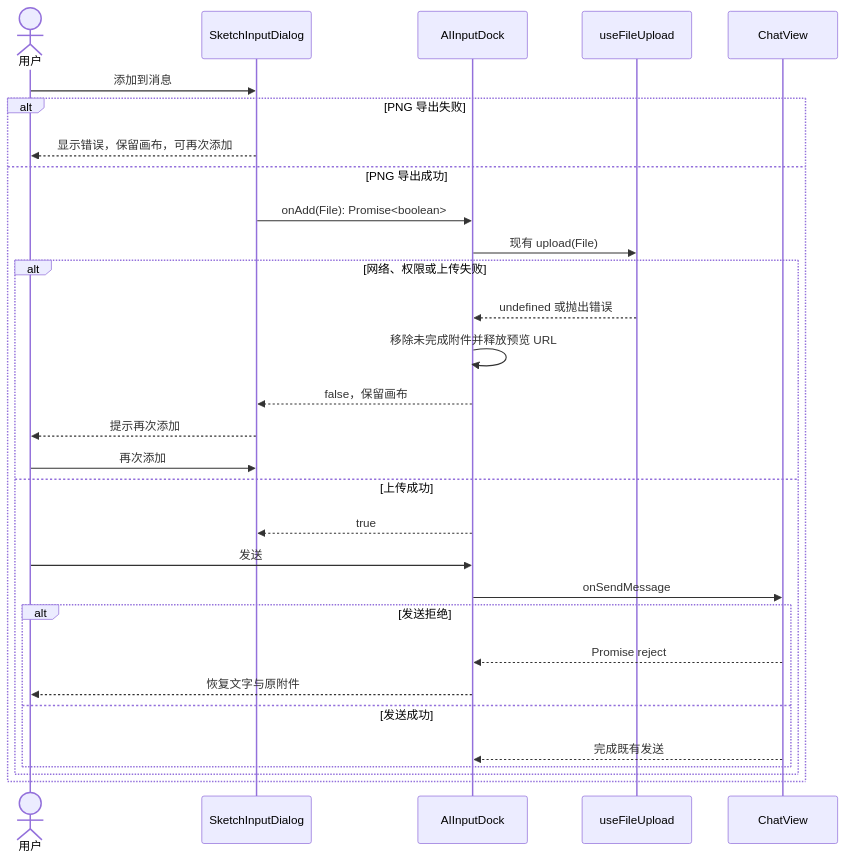
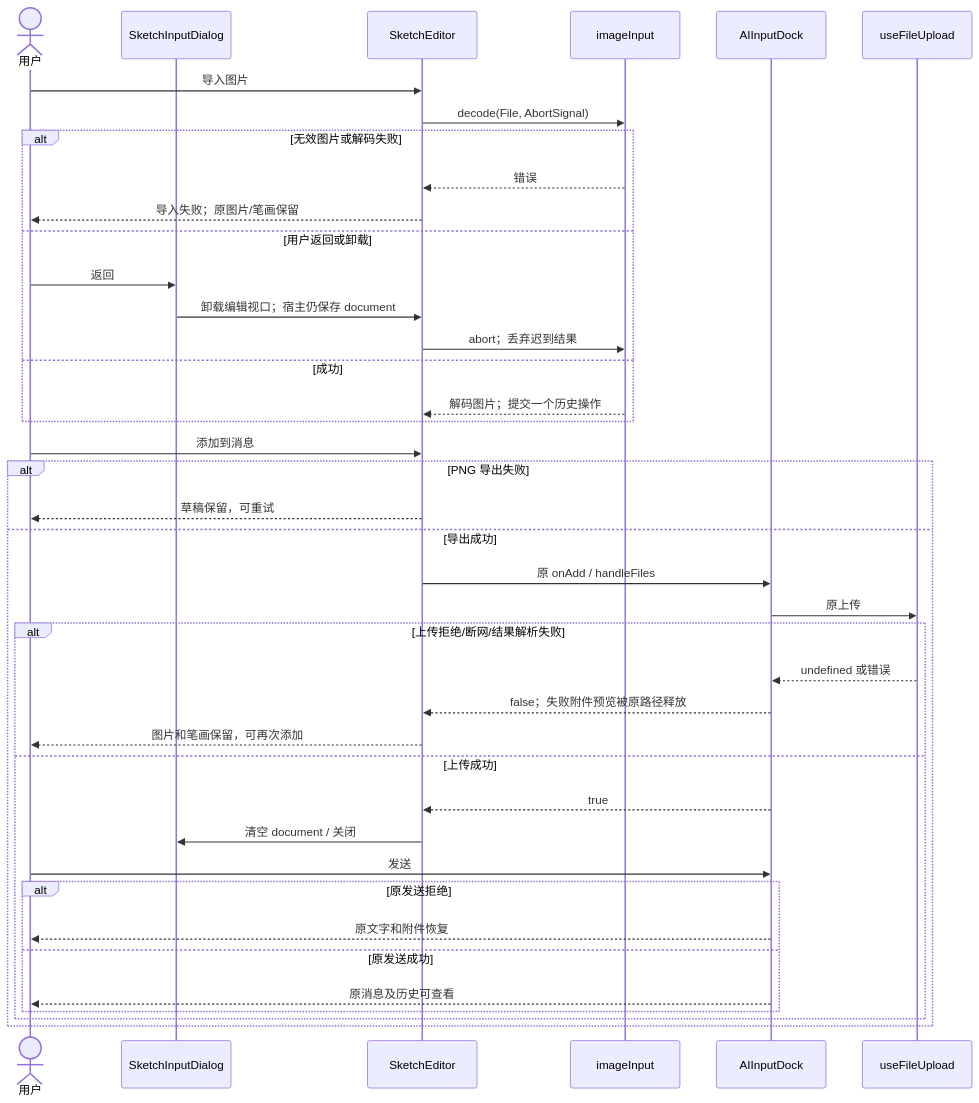
One commit to glide-the/im-dream changed the second of 3 diagrams in docs/design/claude-agent/sketch-input-interaction-design.md. Above: the diagram before and after it, drawn with Mermaid. The commit also changed other lines of this file and 39 other files, not shown here.

Commit message:
feat(chat): package charcoal image and sketch input (#90)

````diff
--- a/docs/design/claude-agent/sketch-input-interaction-design.md
+++ b/docs/design/claude-agent/sketch-input-interaction-design.md
@@ -108,32 +77,42 @@
 ```mermaid
 sequenceDiagram
     actor User as 用户
-    participant Sketch as SketchInputDialog
+    participant Dialog as SketchInputDialog
+    participant Editor as SketchEditor
+    participant Image as imageInput
     participant Dock as AIInputDock
     participant Upload as useFileUpload
-    participant View as ChatView
-    User->>Sketch: 添加到消息
+    User->>Editor: 导入图片
+    Editor->>Image: decode(File, AbortSignal)
+    alt 无效图片或解码失败
+        Image-->>Editor: 错误
+        Editor-->>User: 导入失败；原图片/笔画保留
+    else 用户返回或卸载
+        User->>Dialog: 返回
+        Dialog->>Editor: 卸载编辑视口；宿主仍保存 document
+        Editor->>Image: abort；丢弃迟到结果
+    else 成功
+        Image-->>Editor: 解码图片；提交一个历史操作
+    end
+    User->>Editor: 添加到消息
     alt PNG 导出失败
-        Sketch-->>User: 显示错误，保留画布，可再次添加
-    else PNG 导出成功
-        Sketch->>Dock: onAdd(File): Promise<boolean>
-        Dock->>Upload: 现有 upload(File)
-        alt 网络、权限或上传失败
-            Upload-->>Dock: undefined 或抛出错误
-            Dock->>Dock: 移除未完成附件并释放预览 URL
-            Dock-->>Sketch: false，保留画布
-            Sketch-->>User: 提示再次添加
-            User->>Sketch: 再次添加
+        Editor-->>User: 草稿保留，可重试
+    else 导出成功
+        Editor->>Dock: 原 onAdd / handleFiles
+        Dock->>Upload: 原上传
+        alt 上传拒绝/断网/结果解析失败
+            Upload-->>Dock: undefined 或错误
+            Dock-->>Editor: false；失败附件预览被原路径释放
+            Editor-->>User: 图片和笔画保留，可再次添加
         else 上传成功
-            Dock-->>Sketch: true
+            Dock-->>Editor: true
+            Editor->>Dialog: 清空 document / 关闭
             User->>Dock: 发送
-            Dock->>View: onSendMessage
-            alt 发送拒绝
-                View-->>Dock: Promise reject
-                Dock-->>User: 恢复文字与原附件
-            else 发送成功
-                View-->>Dock: 完成既有发送
+            alt 原发送拒绝
+                Dock-->>User: 原文字和附件恢复
+            else 原发送成功
+                Dock-->>User: 原消息及历史可查看
             end
         end
     end
 ```
````
